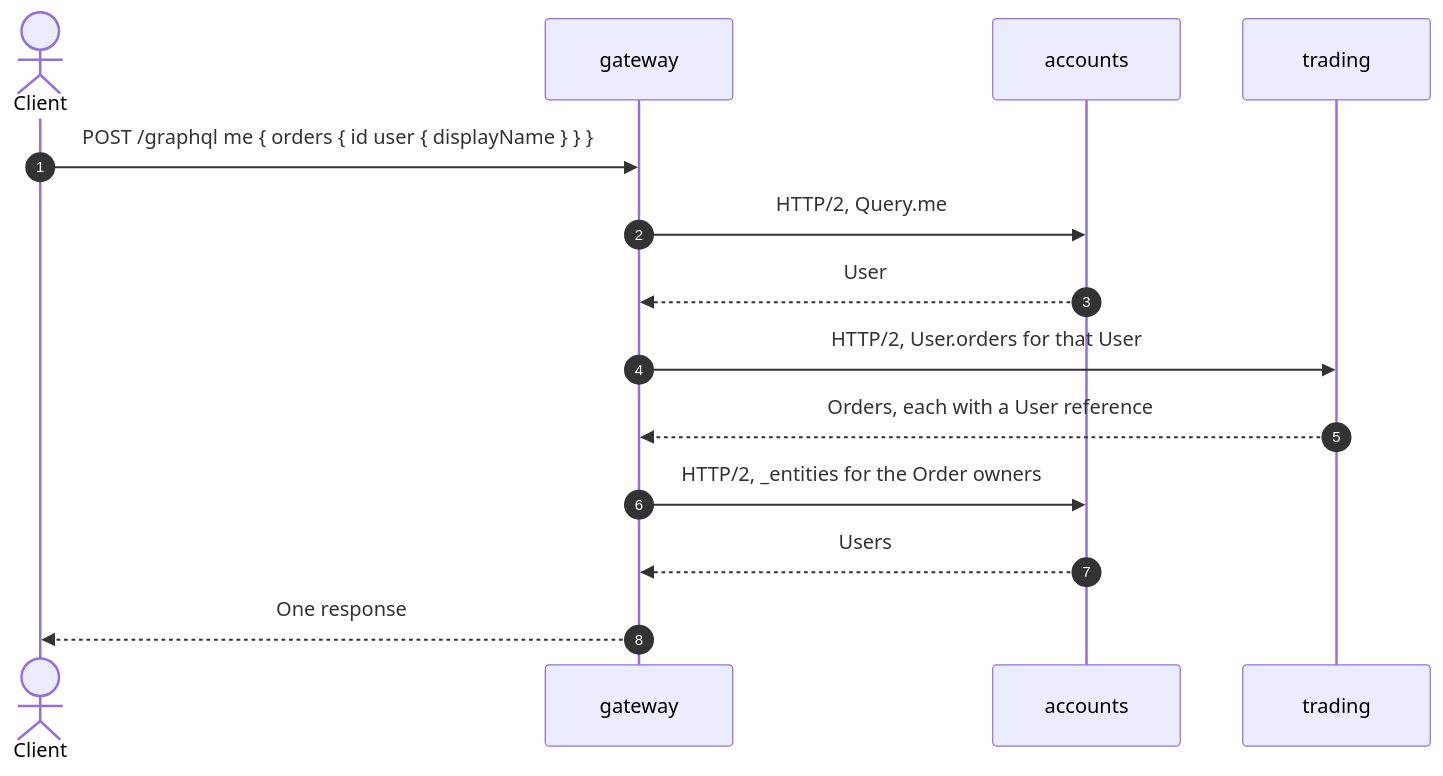
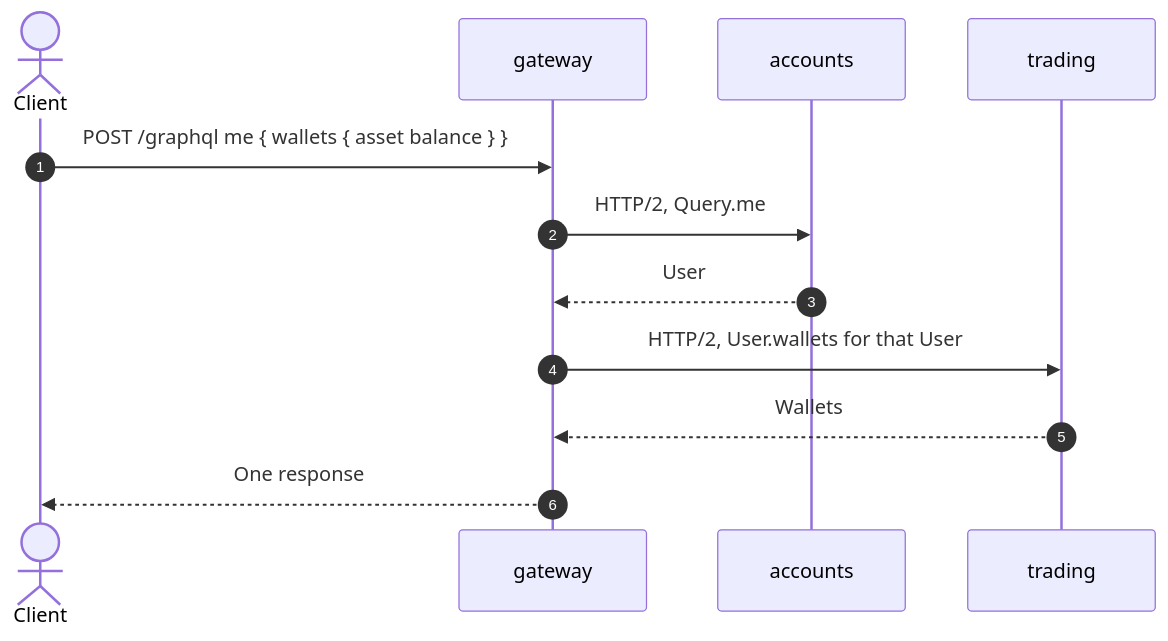
One commit to zazzcode/vuln-nestjs changed the second of 4 diagrams in .zazz/architecture/project.md. Above: the diagram before and after it, drawn with Mermaid. The commit also changed other lines of this file and 53 other files, not shown here.

````diff
--- a/.zazz/architecture/project.md
+++ b/.zazz/architecture/project.md
@@ -209,16 +203,14 @@
 ```mermaid
 sequenceDiagram
     autonumber
     actor C as Client
     participant G as gateway
     participant A as accounts
     participant T as trading
-    C->>G: POST /graphql me { orders { id user { displayName } } }
+    C->>G: POST /graphql me { wallets { asset balance } }
     G->>A: HTTP/2, Query.me
     A-->>G: User
-    G->>T: HTTP/2, User.orders for that User
-    T-->>G: Orders, each with a User reference
-    G->>A: HTTP/2, _entities for the Order owners
-    A-->>G: Users
+    G->>T: HTTP/2, User.wallets for that User
+    T-->>G: Wallets
     G-->>C: One response
 ```
````
